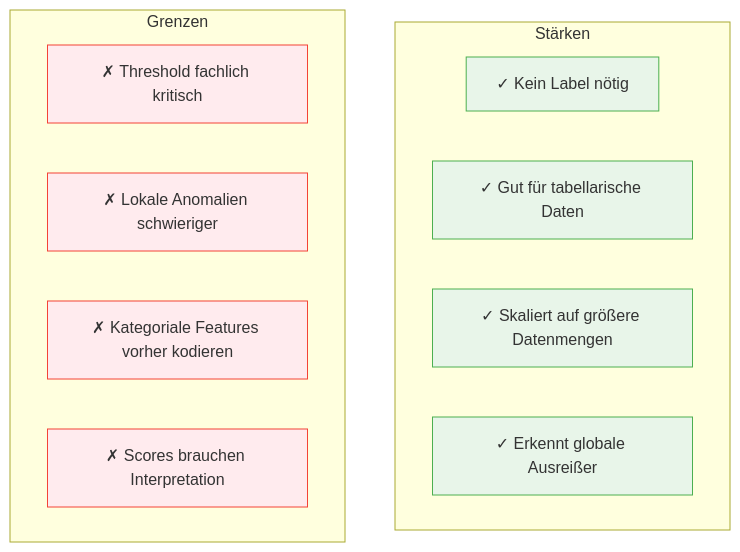
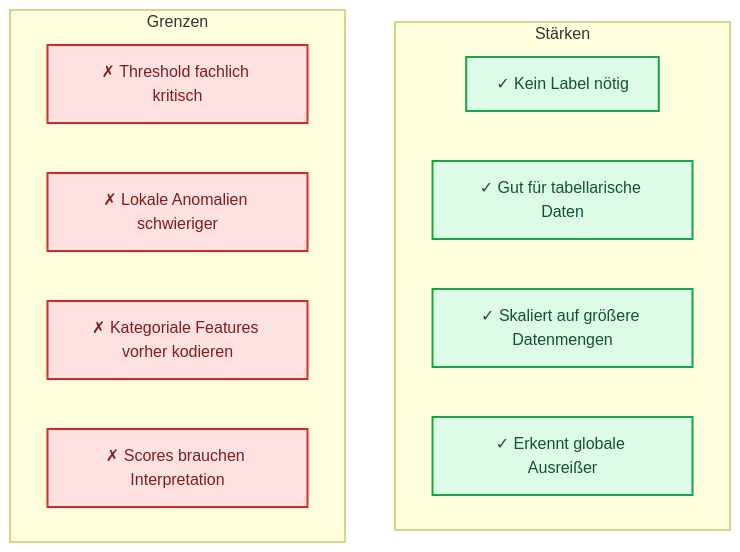
One commit to ralf-42/ML_Intro changed the fifth of 5 diagrams in docs/concepts/modeling/isolation-forest.md. Above: the diagram before and after it, drawn with Mermaid. The commit also changed other lines of this file and 67 other files, not shown here.

````diff
--- a/docs/concepts/modeling/isolation-forest.md
+++ b/docs/concepts/modeling/isolation-forest.md
@@ -218,25 +226,22 @@
 ```mermaid
 flowchart TB
     subgraph Staerken["Stärken"]
         S1["✓ Kein Label nötig"]
         S2["✓ Gut für tabellarische Daten"]
         S3["✓ Skaliert auf größere Datenmengen"]
         S4["✓ Erkennt globale Ausreißer"]
     end
     
     subgraph Grenzen["Grenzen"]
         G1["✗ Threshold fachlich kritisch"]
         G2["✗ Lokale Anomalien schwieriger"]
         G3["✗ Kategoriale Features vorher kodieren"]
         G4["✗ Scores brauchen Interpretation"]
     end
-    
-    style S1 fill:#e8f5e9,stroke:#4caf50
-    style S2 fill:#e8f5e9,stroke:#4caf50
-    style S3 fill:#e8f5e9,stroke:#4caf50
-    style S4 fill:#e8f5e9,stroke:#4caf50
-    style G1 fill:#ffebee,stroke:#f44336
-    style G2 fill:#ffebee,stroke:#f44336
-    style G3 fill:#ffebee,stroke:#f44336
-    style G4 fill:#ffebee,stroke:#f44336
+
+    classDef default fill:#e0f2fe,stroke:#0284c7,stroke-width:2px,color:#0c4a6e;
+    classDef output fill:#dcfce7,stroke:#16a34a,stroke-width:2px,color:#14532d;
+    classDef stop fill:#fee2e2,stroke:#dc2626,stroke-width:2px,color:#7f1d1d;
+    class S1,S2,S3,S4 output;
+    class G1,G2,G3,G4 stop;
 ```
````
